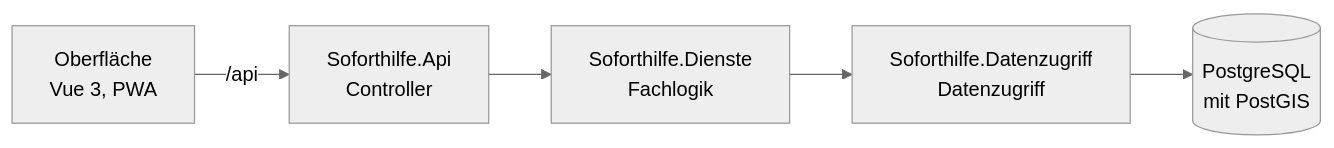
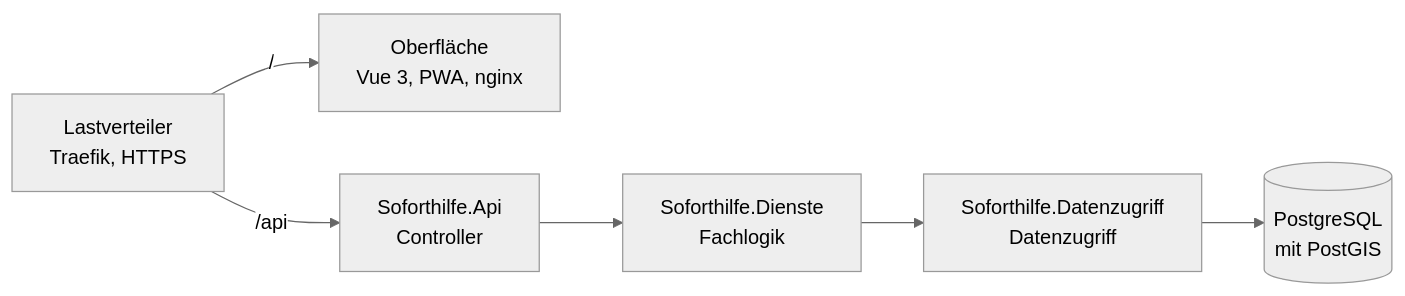
The first of 2 diagrams in README.md (maliswiss/soforthilfe-bern-mittelland), drawn with Mermaid (neutral theme) before and after one commit. The commit also changed other lines of this file and 18 other files, not shown here.

````diff
--- a/README.md
+++ b/README.md
@@ -53,7 +53,8 @@
 ```mermaid
 flowchart LR
-  Ui["Oberfläche<br/>Vue 3, PWA"] -- "/api" --> Api["Soforthilfe.Api<br/>Controller"]
+  Lv["Lastverteiler<br/>Traefik, HTTPS"] -- "/" --> Ui["Oberfläche<br/>Vue 3, PWA, nginx"]
+  Lv -- "/api" --> Api["Soforthilfe.Api<br/>Controller"]
   Api --> Dienste["Soforthilfe.Dienste<br/>Fachlogik"]
   Dienste --> Daten["Soforthilfe.Datenzugriff<br/>Datenzugriff"]
   Daten --> Db[("PostgreSQL<br/>mit PostGIS")]
 ```
````
